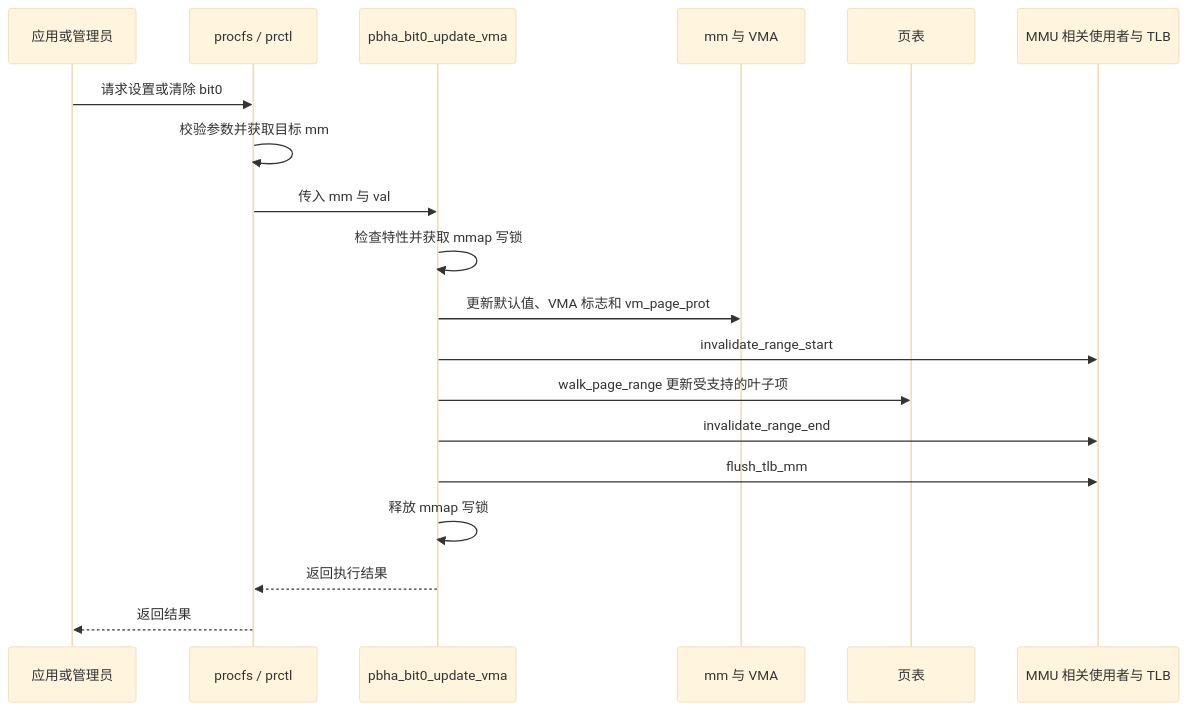
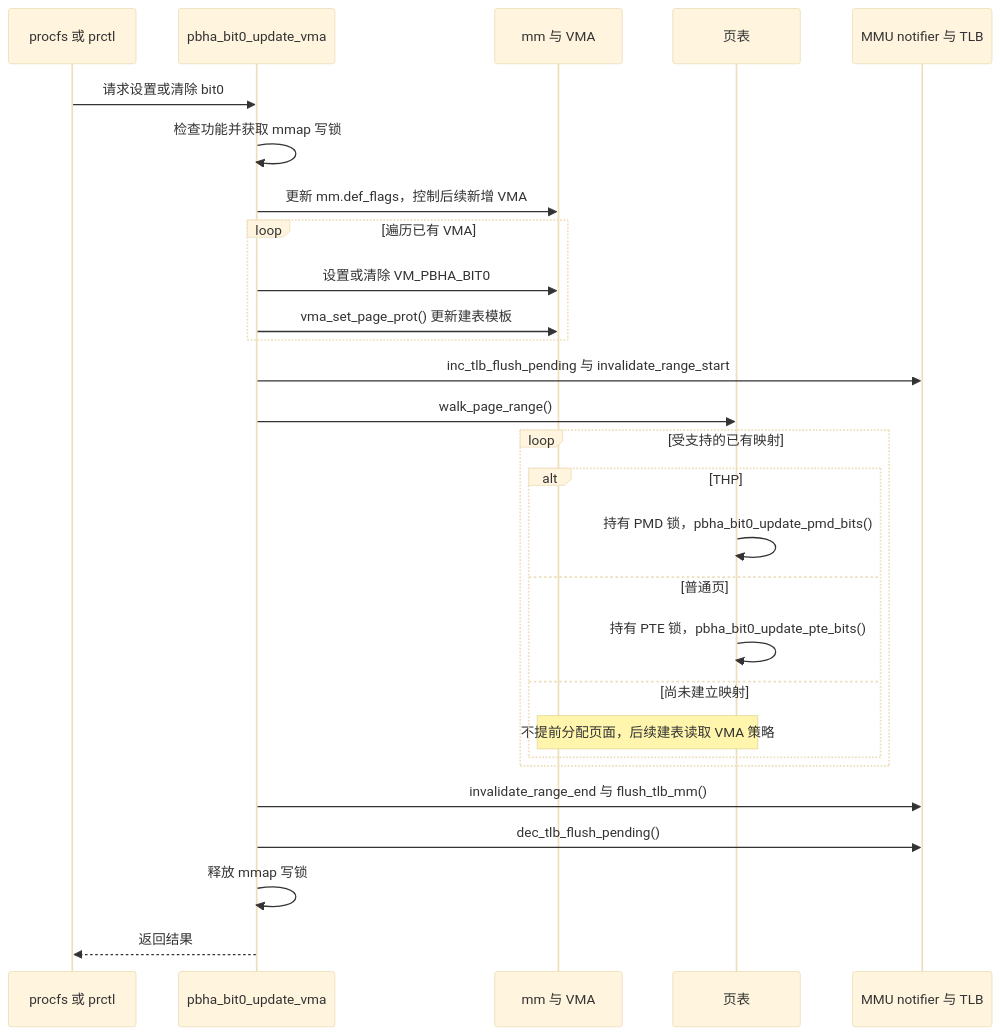
Before and after one commit to xpzgg/llm-archive: the fourth of 13 diagrams in PBHA特性设计说明书.md, drawn with Mermaid (base theme). The commit also changed other lines of this file, not shown here.

Commit message:
docs: 统一 PBHA 设计时序图并重排相关章节

````diff
--- a/PBHA特性设计说明书.md
+++ b/PBHA特性设计说明书.md
@@ -378,21 +291,30 @@
 ```mermaid
 sequenceDiagram
-    participant APP as 应用或管理员
-    participant API as procfs / prctl
-    participant MM as pbha_bit0_update_vma
-    participant VMA as mm 与 VMA
+    participant U as procfs 或 prctl
+    participant UPDATE as pbha_bit0_update_vma
+    participant MM as mm 与 VMA
     participant PT as 页表
-    participant TLB as MMU 相关使用者与 TLB
-    APP->>API: 请求设置或清除 bit0
-    API->>API: 校验参数并获取目标 mm
-    API->>MM: 传入 mm 与 val
-    MM->>MM: 检查特性并获取 mmap 写锁
-    MM->>VMA: 更新默认值、VMA 标志和 vm_page_prot
-    MM->>TLB: invalidate_range_start
-    MM->>PT: walk_page_range 更新受支持的叶子项
-    MM->>TLB: invalidate_range_end
-    MM->>TLB: flush_tlb_mm
-    MM->>MM: 释放 mmap 写锁
-    MM-->>API: 返回执行结果
-    API-->>APP: 返回结果
+    participant SYNC as MMU notifier 与 TLB
+    U->>UPDATE: 请求设置或清除 bit0
+    UPDATE->>UPDATE: 检查功能并获取 mmap 写锁
+    UPDATE->>MM: 更新 mm.def_flags，控制后续新增 VMA
+    loop 遍历已有 VMA
+        UPDATE->>MM: 设置或清除 VM_PBHA_BIT0
+        UPDATE->>MM: vma_set_page_prot() 更新建表模板
+    end
+    UPDATE->>SYNC: inc_tlb_flush_pending 与 invalidate_range_start
+    UPDATE->>PT: walk_page_range()
+    loop 受支持的已有映射
+        alt THP
+            PT->>PT: 持有 PMD 锁，pbha_bit0_update_pmd_bits()
+        else 普通页
+            PT->>PT: 持有 PTE 锁，pbha_bit0_update_pte_bits()
+        else 尚未建立映射
+            Note over MM,PT: 不提前分配页面，后续建表读取 VMA 策略
+        end
+    end
+    UPDATE->>SYNC: invalidate_range_end 与 flush_tlb_mm()
+    UPDATE->>SYNC: dec_tlb_flush_pending()
+    UPDATE->>UPDATE: 释放 mmap 写锁
+    UPDATE-->>U: 返回结果
 ```
````
